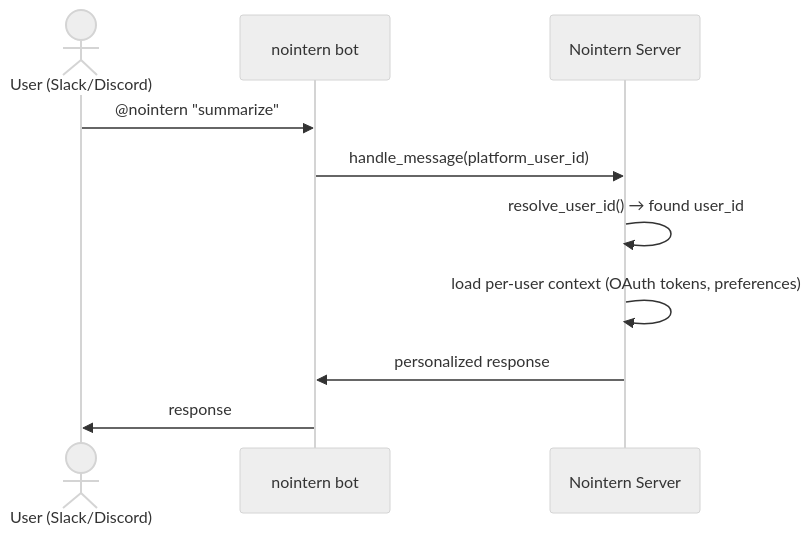
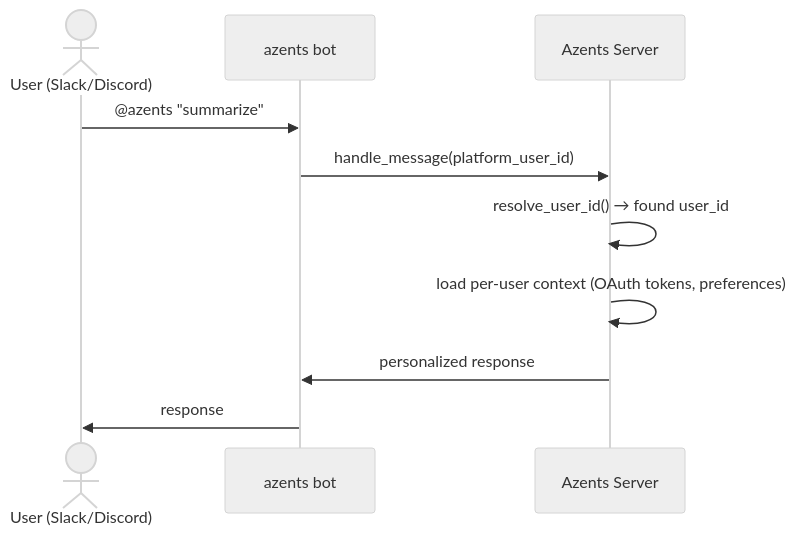
One commit to azents/azents changed the fourth of 4 diagrams in docs/azents/design/account-260315-account-linking.md. Above: the diagram before and after it, drawn with Mermaid (neutral theme). The commit also changed other lines of this file and 245 other files, not shown here.

````diff
--- a/docs/azents/design/account-260315-account-linking.md
+++ b/docs/azents/design/account-260315-account-linking.md
@@ -155,13 +155,13 @@
 ```mermaid
 sequenceDiagram
     actor U as User (Slack/Discord)
-    participant Bot as nointern bot
-    participant Server as Nointern Server
+    participant Bot as azents bot
+    participant Server as Azents Server
 
-    U->>Bot: @nointern "summarize"
+    U->>Bot: @azents "summarize"
     Bot->>Server: handle_message(platform_user_id)
     Server->>Server: resolve_user_id() → found user_id
     Server->>Server: load per-user context (OAuth tokens, preferences)
     Server->>Bot: personalized response
     Bot->>U: response
 ```
````
